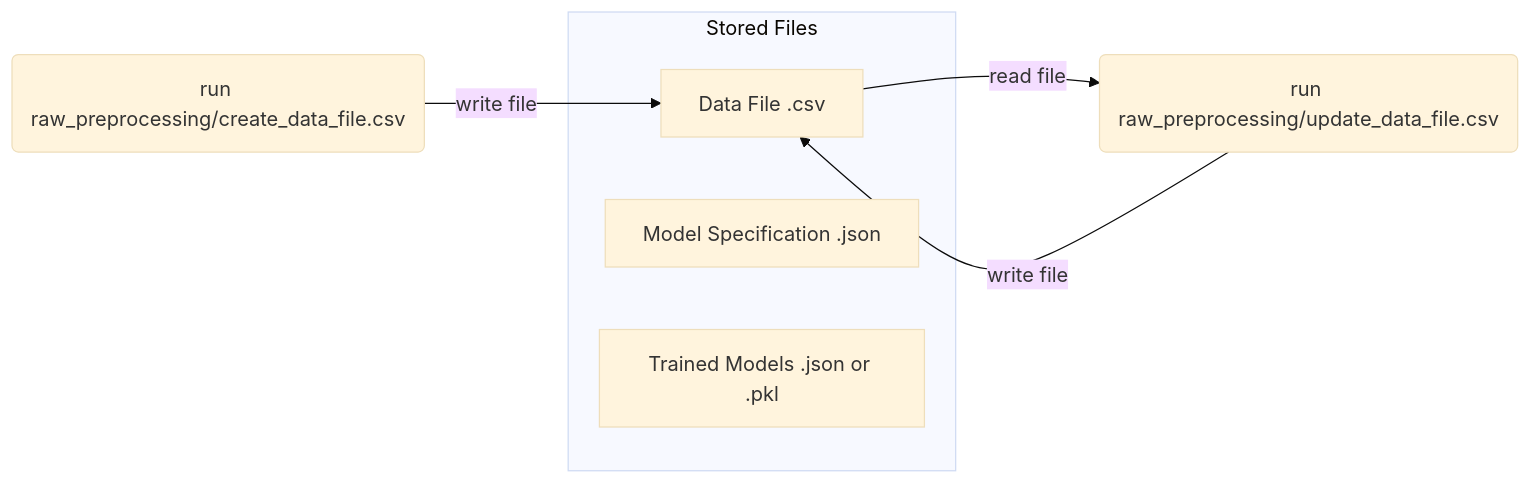
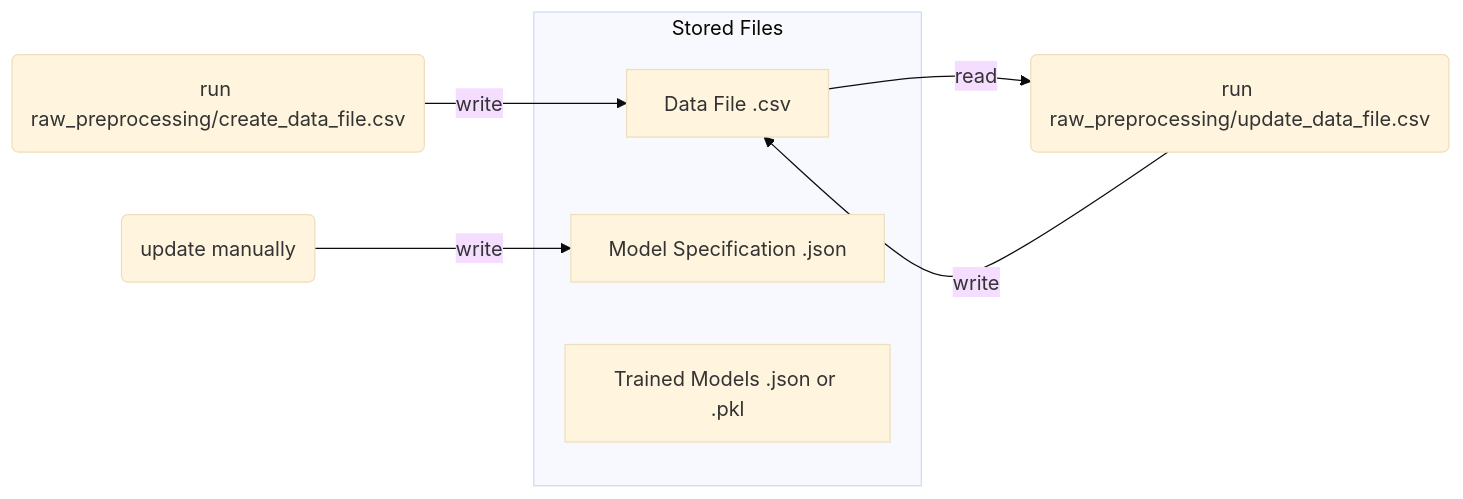
The second of 2 diagrams in code_flow.md (markusrupp/icing_flowshart), drawn with Mermaid (base theme) before and after one commit.

````diff
--- a/code_flow.md
+++ b/code_flow.md
@@ -17,12 +17,12 @@
 ```mermaid
 flowchart LR
     subgraph Stored Files
         CSV[Data File .csv]
         MS[Model Specification .json]
         MF[Trained Models .json or .pkl]
     end
-CCSV(run raw_preprocessing/create_data_file.csv) -->|write file| CSV
-UCSV(run raw_preprocessing/update_data_file.csv) -->|write file| CSV
-CSV -->|read file| UCSV
-    
+CCSV(run raw_preprocessing/create_data_file.csv) -->|write| CSV
+UCSV(run raw_preprocessing/update_data_file.csv) -->|write| CSV
+CSV -->|read| UCSV
+UMS(update manually) -->|write| MS
 ```
````
